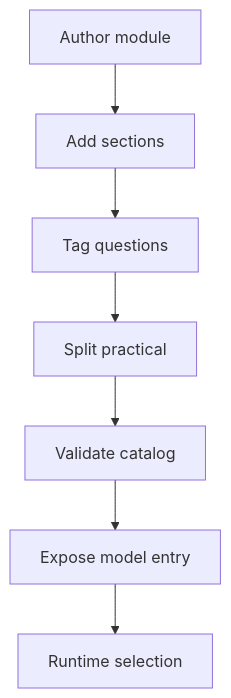
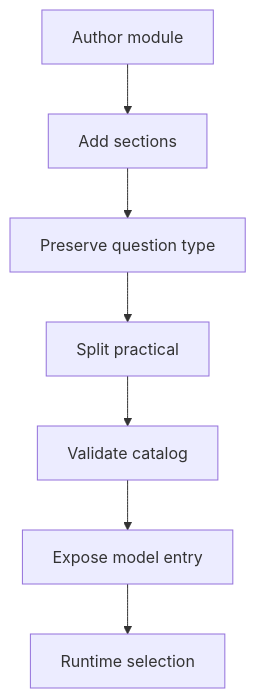
One commit to JohnAndrewBalbarosa/NeoTerritory changed the diagram in docs/Codebase/Backend/src/services/learningModuleCatalog.ts.md. Above: the diagram before and after it, drawn with Mermaid. The commit also changed other lines of this file and 37 other files, not shown here.

````diff
--- a/docs/Codebase/Backend/src/services/learningModuleCatalog.ts.md
+++ b/docs/Codebase/Backend/src/services/learningModuleCatalog.ts.md
@@ -33,16 +33,16 @@
 ```mermaid
 flowchart TD
     Start["Author module"]
     N0["Add sections"]
-    N1["Tag questions"]
+    N1["Preserve question type"]
     N2["Split practical"]
     N3["Validate catalog"]
     N4["Expose model entry"]
     End["Runtime selection"]
     Start --> N0
     N0 --> N1
     N1 --> N2
     N2 --> N3
     N3 --> N4
     N4 --> End
 ```
````
